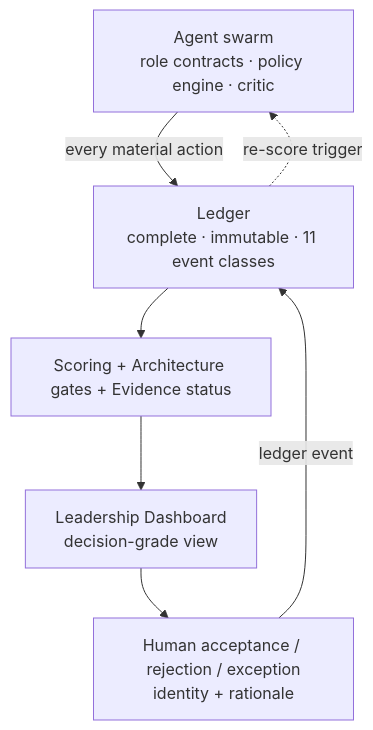
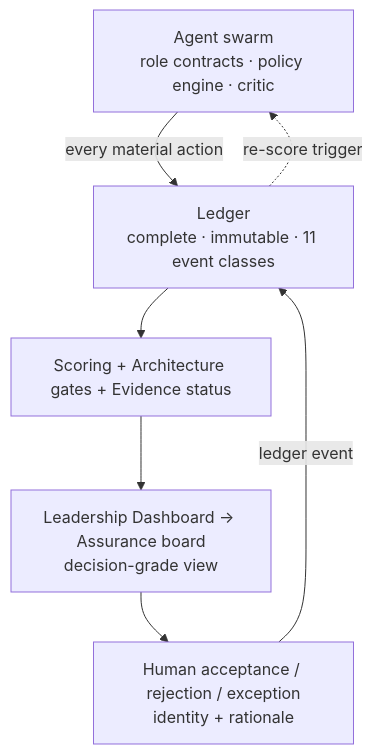
Before and after one commit to harishgovardhandamodar/agentic-knowledge-mapper: the diagram in design/assurance.md, drawn with Mermaid. The commit also changed other lines of this file and 7 other files, not shown here.

First line of the commit message:
Leadership board: tests, and the bugs they found

````diff
--- a/design/assurance.md
+++ b/design/assurance.md
@@ -8,14 +8,14 @@
 ```mermaid
 flowchart TB
     SW["Agent swarm<br/>role contracts · policy engine · critic"]
     LED["Ledger<br/>complete · immutable · 11 event classes"]
     SCORE["Scoring + Architecture gates + Evidence status"]
-    DASH["Leadership Dashboard<br/>decision-grade view"]
+    DASH["Leadership Dashboard → Assurance board<br/>decision-grade view"]
     HUMAN["Human acceptance / rejection / exception<br/>identity + rationale"]
     SW -->|"every material action"| LED
     LED --> SCORE
     SCORE --> DASH
     DASH --> HUMAN
     HUMAN -->|"ledger event"| LED
     LED -.->|"re-score trigger"| SW
 ```
````
